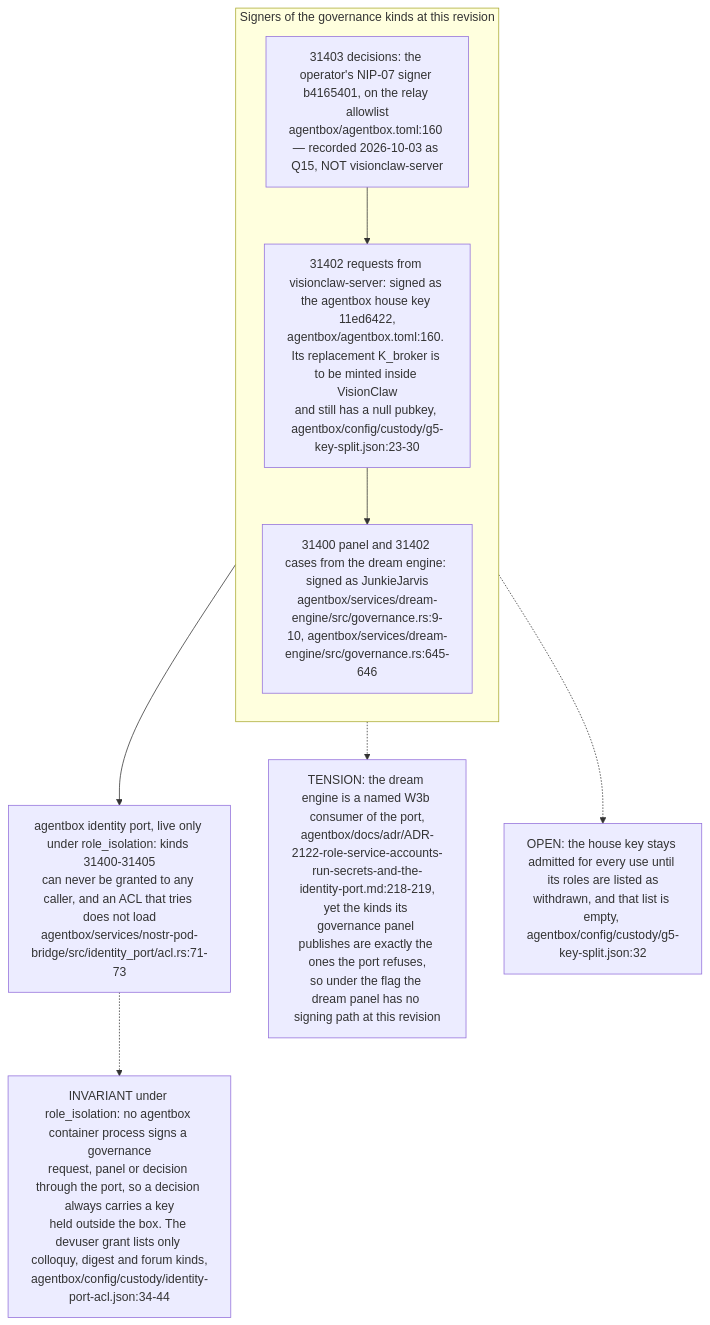
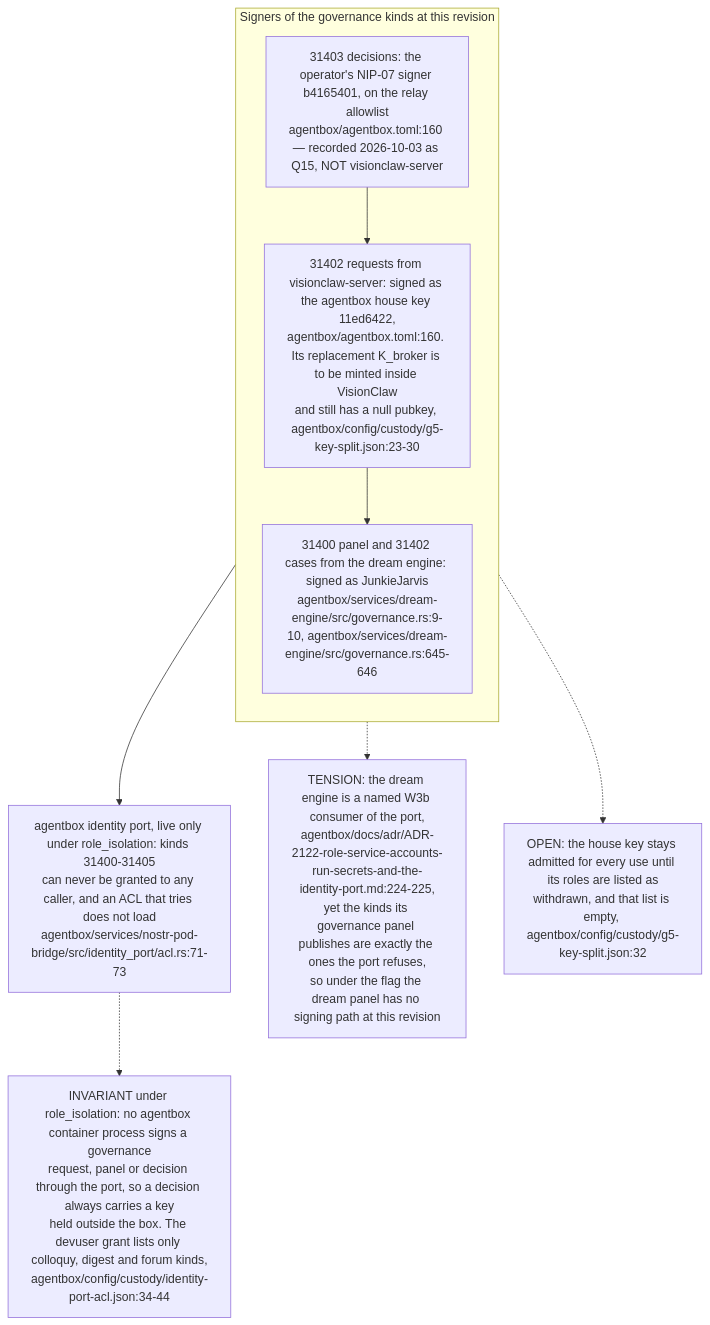
Diagram 11 of 11 in docs/diagrams/estate/05-governance-loop-across-estate.md (DreamLab-AI/VisionFlow), drawn with Mermaid before and after one commit. The commit also changed other lines of this file and 111 other files, not shown here.

Commit message:
docs(diagrams): align estate maps with current source

````diff
--- a/docs/diagrams/estate/05-governance-loop-across-estate.md
+++ b/docs/diagrams/estate/05-governance-loop-across-estate.md
@@ -351,15 +353,15 @@
 ```mermaid
 flowchart TB
     subgraph SIGNERS["Signers of the governance kinds at this revision"]
         direction TB
         DEC["31403 decisions: the operator's NIP-07 signer b4165401, on the relay allowlist<br/>agentbox/agentbox.toml:160 — recorded 2026-10-03 as Q15, NOT visionclaw-server"]
         VCS["31402 requests from visionclaw-server: signed as the agentbox house key 11ed6422,<br/>agentbox/agentbox.toml:160. Its replacement K_broker is to be minted inside VisionClaw<br/>and still has a null pubkey, agentbox/config/custody/g5-key-split.json:23-30"]
         JJ["31400 panel and 31402 cases from the dream engine: signed as JunkieJarvis<br/>agentbox/services/dream-engine/src/governance.rs:9-10, agentbox/services/dream-engine/src/governance.rs:645-646"]
         DEC --> VCS --> JJ
     end
     PORT["agentbox identity port, live only under role_isolation: kinds 31400-31405<br/>can never be granted to any caller, and an ACL that tries does not load<br/>agentbox/services/nostr-pod-bridge/src/identity_port/acl.rs:71-73"]
     SIGNERS --> PORT
     PORT -.-> INV["INVARIANT under role_isolation: no agentbox container process signs a governance<br/>request, panel or decision through the port, so a decision always carries a key<br/>held outside the box. The devuser grant lists only colloquy, digest and forum kinds,<br/>agentbox/config/custody/identity-port-acl.json:34-44"]
-    JJ -.-> TEN["TENSION: the dream engine is a named W3b consumer of the port,<br/>agentbox/docs/adr/ADR-2122-role-service-accounts-run-secrets-and-the-identity-port.md:218-219,<br/>yet the kinds its governance panel publishes are exactly the ones the port refuses,<br/>so under the flag the dream panel has no signing path at this revision"]
+    JJ -.-> TEN["TENSION: the dream engine is a named W3b consumer of the port,<br/>agentbox/docs/adr/ADR-2122-role-service-accounts-run-secrets-and-the-identity-port.md:224-225,<br/>yet the kinds its governance panel publishes are exactly the ones the port refuses,<br/>so under the flag the dream panel has no signing path at this revision"]
     VCS -.-> OPN["OPEN: the house key stays admitted for every use until its roles are listed as<br/>withdrawn, and that list is empty, agentbox/config/custody/g5-key-split.json:32"]
 ```
````
